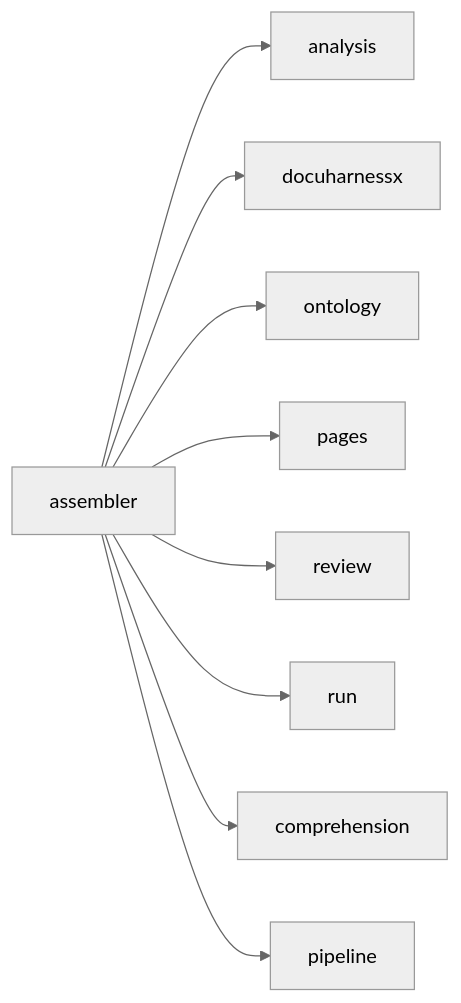
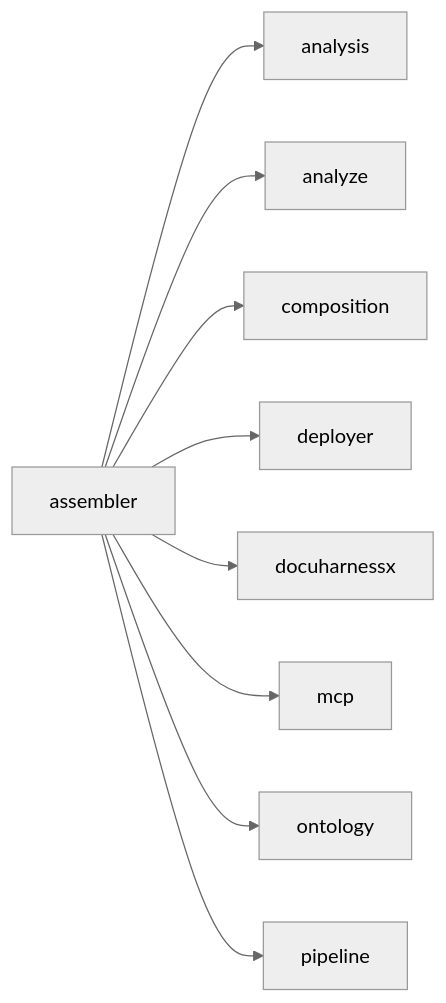
The fourth of 30 diagrams in docs/glossary.md (norandom/DocuHarnessX), drawn with Mermaid (neutral theme) before and after one commit. The commit also changed other lines of this file and 12 other files, not shown here.

````diff
--- a/docs/glossary.md
+++ b/docs/glossary.md
@@ -128,20 +128,20 @@
 ```mermaid
 flowchart LR
   here["assembler"]
   r0["analysis"]
   here --> r0
-  r1["docuharnessx"]
+  r1["analyze"]
   here --> r1
-  r2["ontology"]
+  r2["composition"]
   here --> r2
-  r3["pages"]
+  r3["deployer"]
   here --> r3
-  r4["review"]
+  r4["docuharnessx"]
   here --> r4
-  r5["run"]
+  r5["mcp"]
   here --> r5
-  r6["comprehension"]
+  r6["ontology"]
   here --> r6
   r7["pipeline"]
   here --> r7
 ```
````
